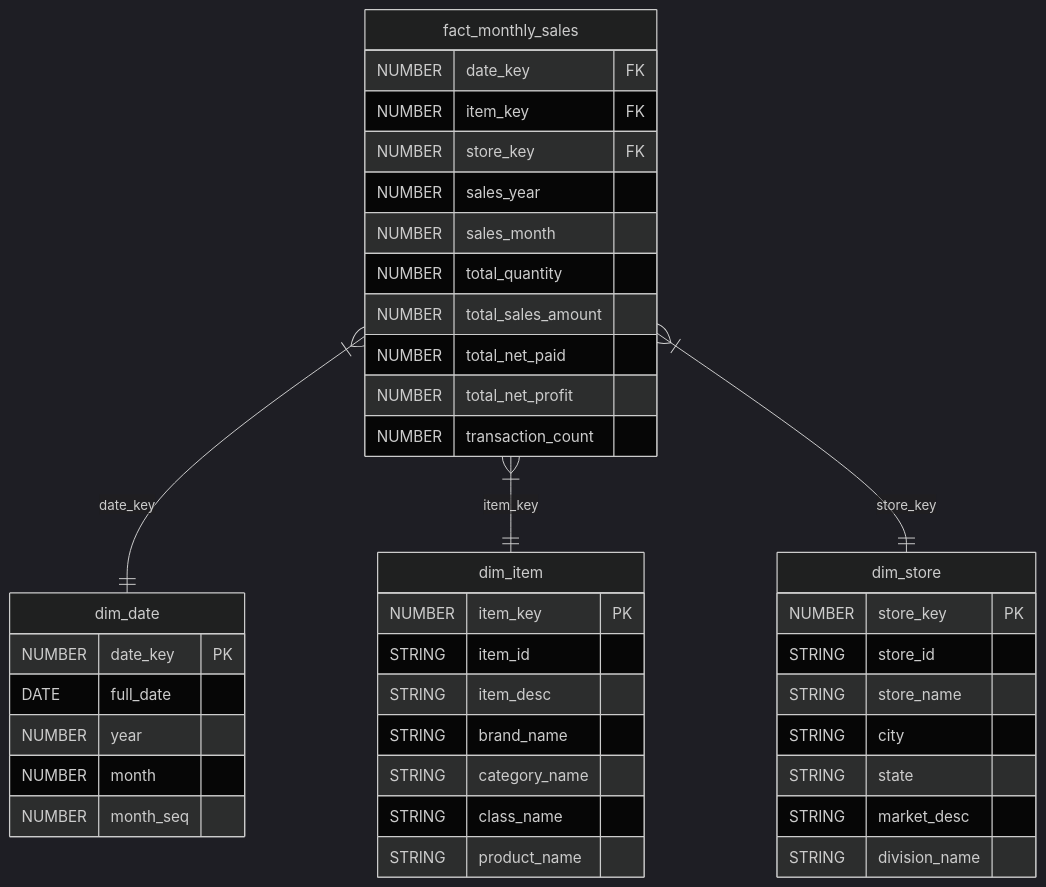
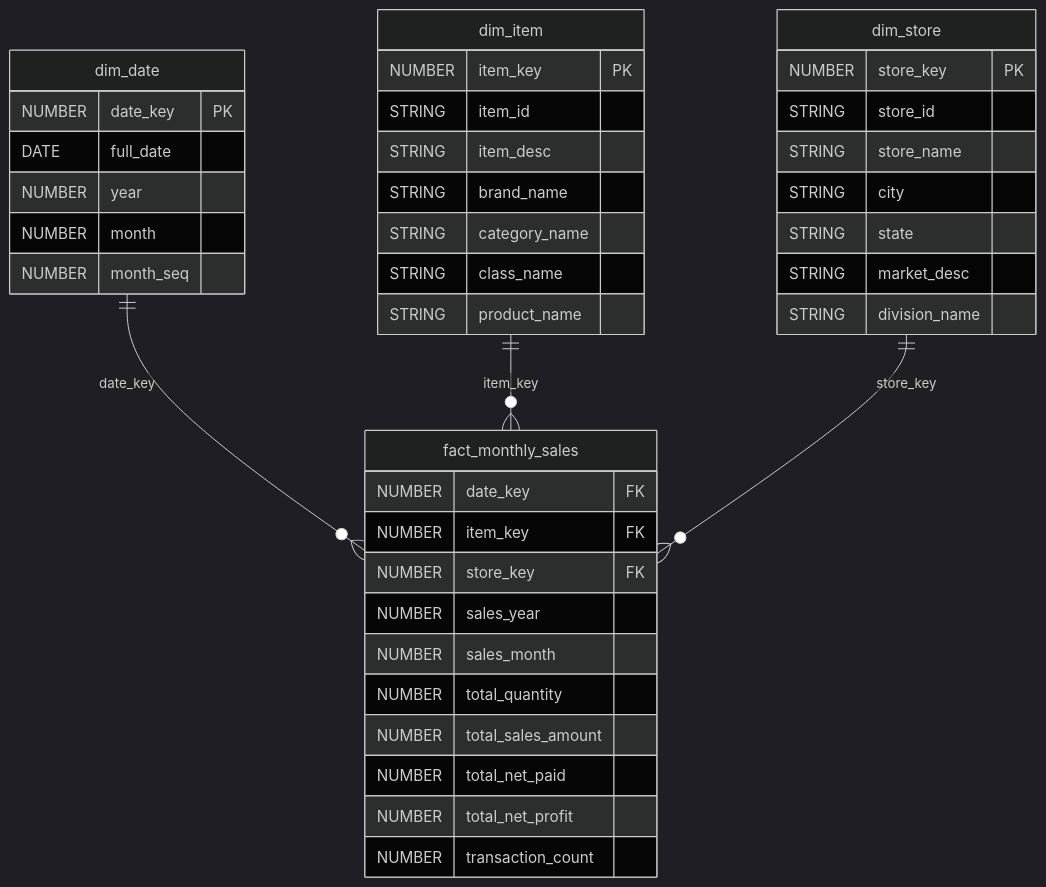
The third of 3 diagrams in agentic-code/monthly_sales_star_schema/README.md (mrmaheshdattamishra-crypto/etl-scripts), drawn with Mermaid (dark theme) before and after one commit. The commit also changed other lines of this file, not shown here.

First line of the commit message:
Add ETL design document for monthly sales star schema

````diff
--- a/agentic-code/monthly_sales_star_schema/README.md
+++ b/agentic-code/monthly_sales_star_schema/README.md
@@ -210,47 +216,47 @@
 ```mermaid
 erDiagram
-    fact_monthly_sales {
-        NUMBER date_key FK
-        NUMBER item_key FK
-        NUMBER store_key FK
-        NUMBER sales_year
-        NUMBER sales_month
-        NUMBER total_quantity
-        NUMBER total_sales_amount
-        NUMBER total_net_paid
-        NUMBER total_net_profit
-        NUMBER transaction_count
-    }
-    
     dim_date {
         NUMBER date_key PK
         DATE full_date
         NUMBER year
         NUMBER month
         NUMBER month_seq
     }
     
     dim_item {
         NUMBER item_key PK
         STRING item_id
         STRING item_desc
         STRING brand_name
         STRING category_name
         STRING class_name
         STRING product_name
     }
     
     dim_store {
         NUMBER store_key PK
         STRING store_id
         STRING store_name
         STRING city
         STRING state
         STRING market_desc
         STRING division_name
     }
     
-    fact_monthly_sales }|--|| dim_date : "date_key"
-    fact_monthly_sales }|--|| dim_item : "item_key"
-    fact_monthly_sales }|--|| dim_store : "store_key"
+    fact_monthly_sales {
+        NUMBER date_key FK
+        NUMBER item_key FK
+        NUMBER store_key FK
+        NUMBER sales_year
+        NUMBER sales_month
+        NUMBER total_quantity
+        NUMBER total_sales_amount
+        NUMBER total_net_paid
+        NUMBER total_net_profit
+        NUMBER transaction_count
+    }
+    
+    dim_date ||--o{ fact_monthly_sales : date_key
+    dim_item ||--o{ fact_monthly_sales : item_key
+    dim_store ||--o{ fact_monthly_sales : store_key
 ```
````
